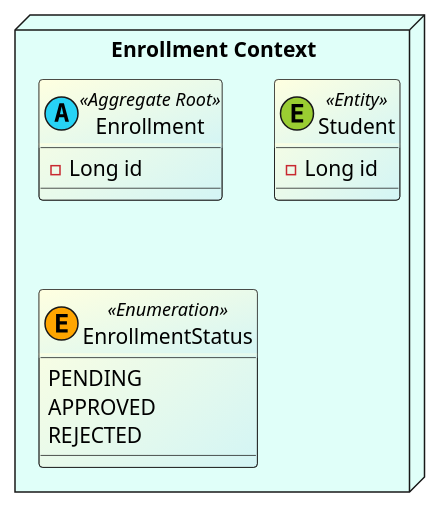
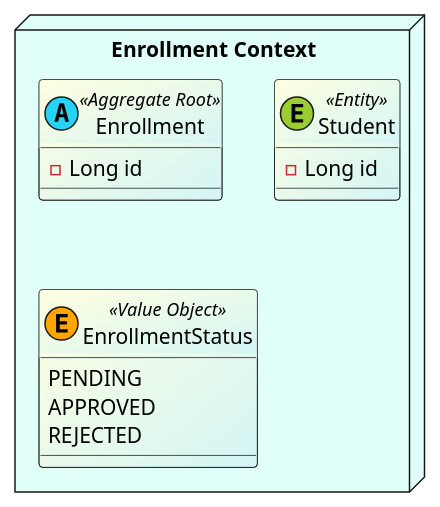
Before and after one commit to demy-project/api: the diagram in docs/domain-diagram.puml, drawn with PlantUML.

Commit message:
docs: update EnrollmentStatus to reflect Value Object classification

```diff
--- a/docs/domain-diagram.puml
+++ b/docs/domain-diagram.puml
@@ -1,22 +1,22 @@
 @startuml Demy Domain Diagram
 
 skinparam class {
     BackgroundColor LightYellow/D3F5F5
     ArrowColor SeaGreen
 }
 
 package "Enrollment Context" <<Node>> #E0FFF9 {
     class Enrollment <<(A, #27D3F5) Aggregate Root>> {
         - Long id
     }
     class Student <<(E, #9ACD32) Entity>> {
         - Long id
     }
-    enum EnrollmentStatus <<(E, #FFA500) Enumeration>> {
+    enum EnrollmentStatus <<(E, #FFA500) Value Object>> {
         PENDING
         APPROVED
         REJECTED
     }
 }
 
 @enduml
```
